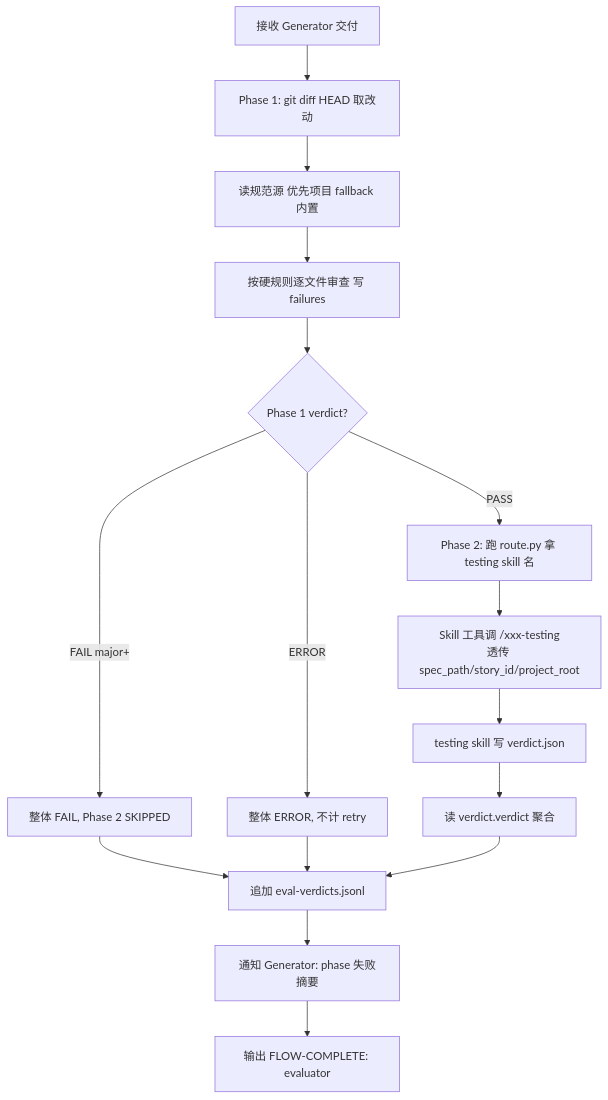
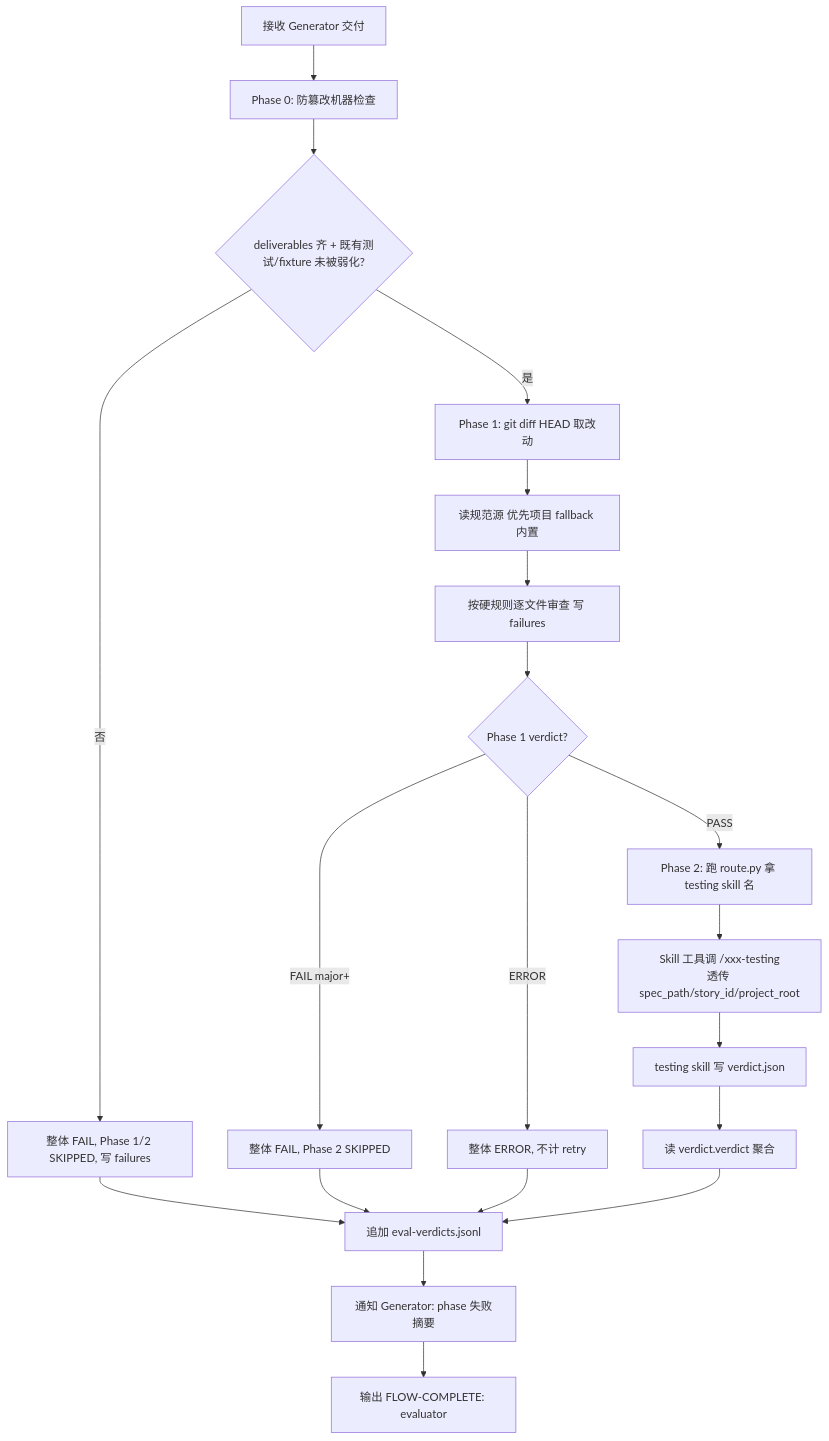
Before and after one commit to dd-xiaozhi/dev-agent-flow: the diagram in .claude/agents/evaluator.md, drawn with Mermaid. The commit also changed other lines of this file and 102 other files, not shown here.

````diff
--- a/.claude/agents/evaluator.md
+++ b/.claude/agents/evaluator.md
@@ -49,18 +75,22 @@
 ```mermaid
 flowchart TD
-    A[接收 Generator 交付] --> B[Phase 1: git diff HEAD 取改动]
+    A[接收 Generator 交付] --> P0[Phase 0: 防篡改机器检查]
+    P0 --> P0Q{deliverables 齐 + 既有测试/fixture 未被弱化?}
+    P0Q -- 否 --> F0[整体 FAIL, Phase 1/2 SKIPPED, 写 failures]
+    P0Q -- 是 --> B[Phase 1: git diff HEAD 取改动]
     B --> C[读规范源 优先项目 fallback 内置]
     C --> D[按硬规则逐文件审查 写 failures]
     D --> E{Phase 1 verdict?}
     E -- FAIL major+ --> F[整体 FAIL, Phase 2 SKIPPED]
     E -- ERROR --> G[整体 ERROR, 不计 retry]
     E -- PASS --> H[Phase 2: 跑 route.py 拿 testing skill 名]
     H --> H2[Skill 工具调 /xxx-testing<br/>透传 spec_path/story_id/project_root]
     H2 --> I[testing skill 写 verdict.json]
     I --> J[读 verdict.verdict 聚合]
-    F --> K[追加 eval-verdicts.jsonl]
+    F0 --> K[追加 eval-verdicts.jsonl]
+    F --> K
     G --> K
     J --> K
     K --> L[通知 Generator: phase 失败摘要]
     L --> M[输出 FLOW-COMPLETE: evaluator]
 ```
````
